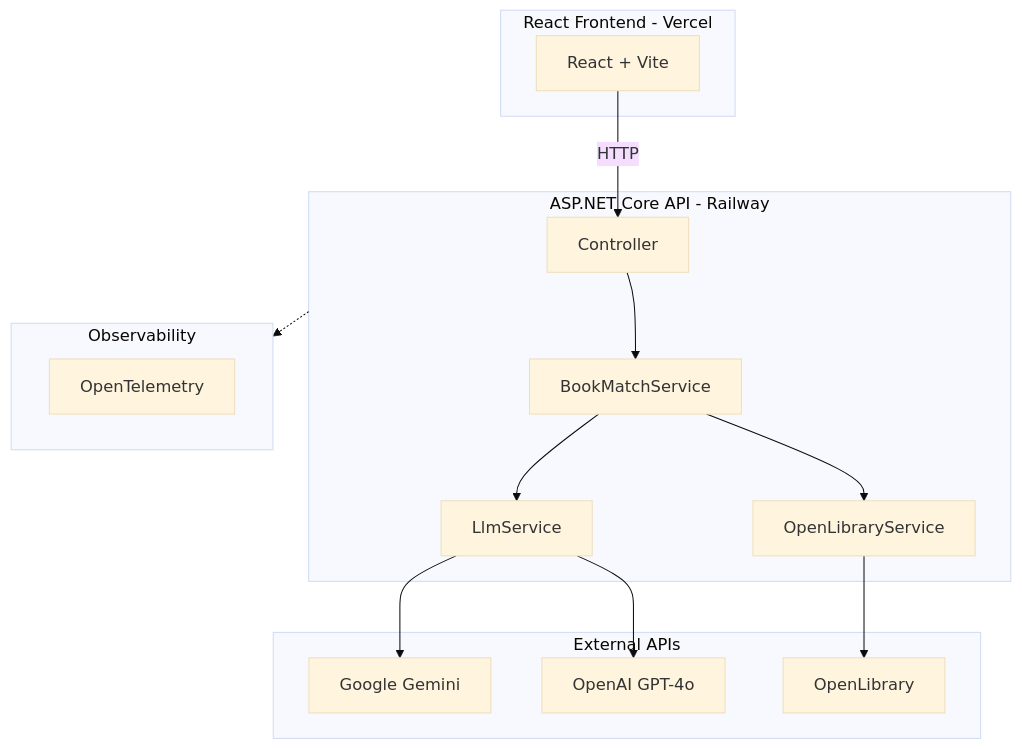
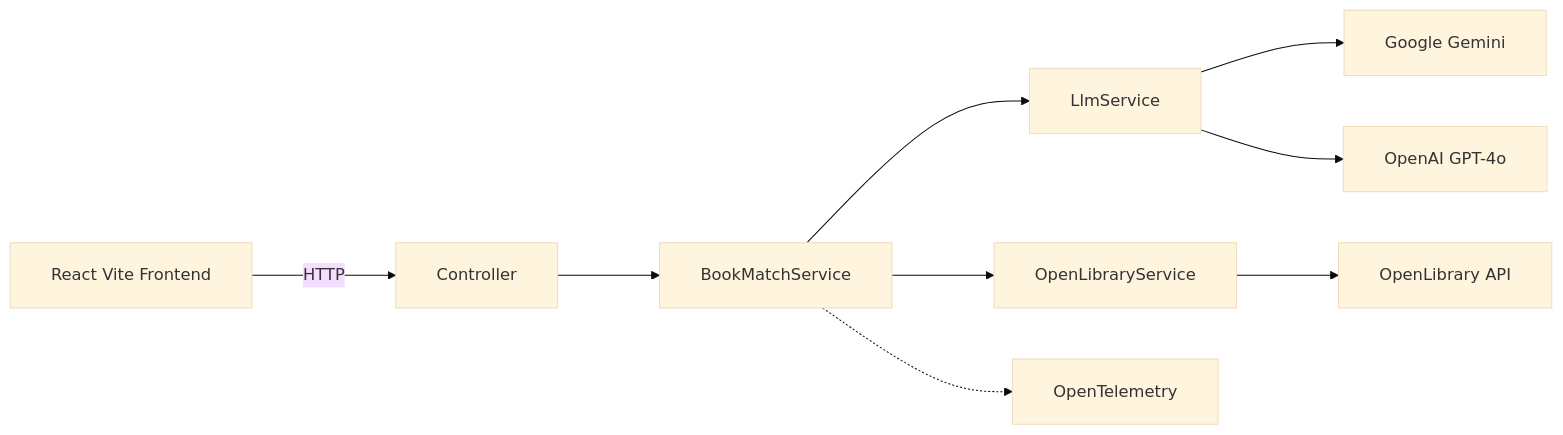
One commit to rjeriomenko/BookMatcher changed the first of 2 diagrams in README.md. Above: the diagram before and after it, drawn with Mermaid (base theme).

Commit message:
tweak mermaid diagram

````diff
--- a/README.md
+++ b/README.md
@@ -33,34 +33,22 @@
 ```mermaid
-flowchart TB
-    subgraph Frontend["React Frontend - Vercel"]
-        UI["React + Vite"]
-    end
-
-    subgraph Backend["ASP.NET Core API - Railway"]
-        Controller["Controller"]
-        Service["BookMatchService"]
-        LLM["LlmService"]
-        OL["OpenLibraryService"]
-
-        Controller --> Service
-        Service --> LLM
-        Service --> OL
-    end
-
-    subgraph External["External APIs"]
-        GeminiAPI["Google Gemini"]
-        OpenAIAPI["OpenAI GPT-4o"]
-        OLAPI["OpenLibrary"]
-    end
-
-    subgraph Observability["Observability"]
-        OTEL["OpenTelemetry"]
-    end
+%%{init: {'flowchart': {'nodeSpacing': 50, 'rankSpacing': 100, 'padding': 20}}}%%
+flowchart LR
+    UI[React Vite Frontend]
+    Controller[Controller]
+    Service[BookMatchService]
+    LLM[LlmService]
+    OL[OpenLibraryService]
+    Gemini[Google Gemini]
+    OpenAI[OpenAI GPT-4o]
+    OpenLib[OpenLibrary API]
+    Telemetry[OpenTelemetry]
 
     UI -->|HTTP| Controller
-    LLM --> GeminiAPI
-    LLM --> OpenAIAPI
-    OL --> OLAPI
-
-    Backend -.-> Observability
+    Controller --> Service
+    Service --> LLM
+    Service --> OL
+    LLM --> Gemini
+    LLM --> OpenAI
+    OL --> OpenLib
+    Service -.-> Telemetry
 ```
````
